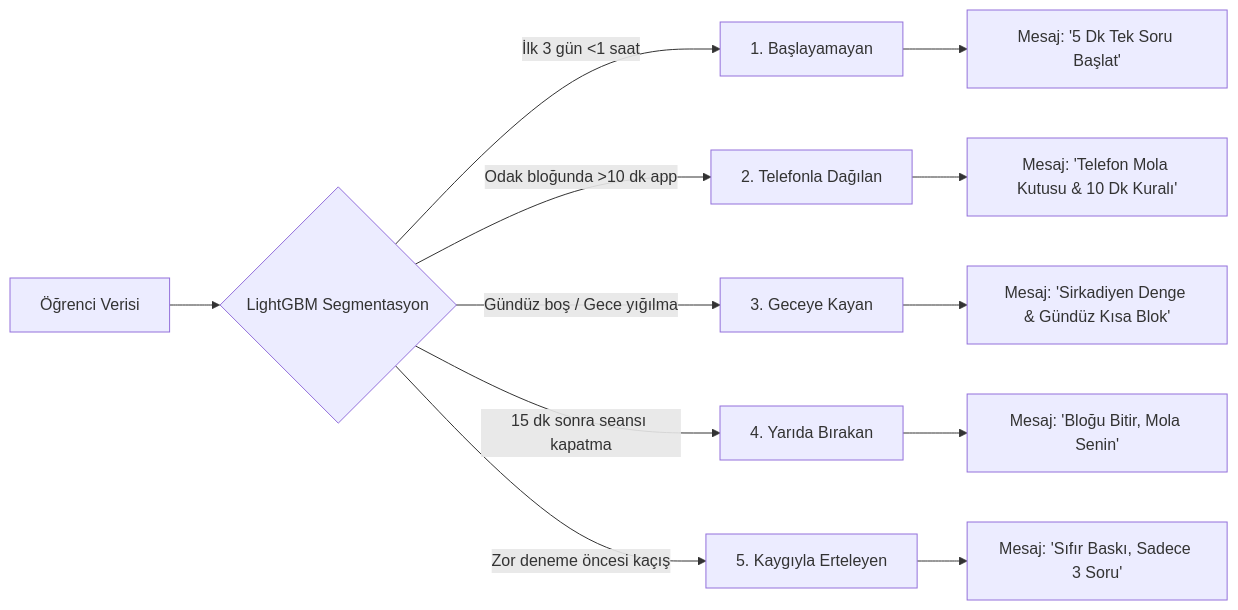
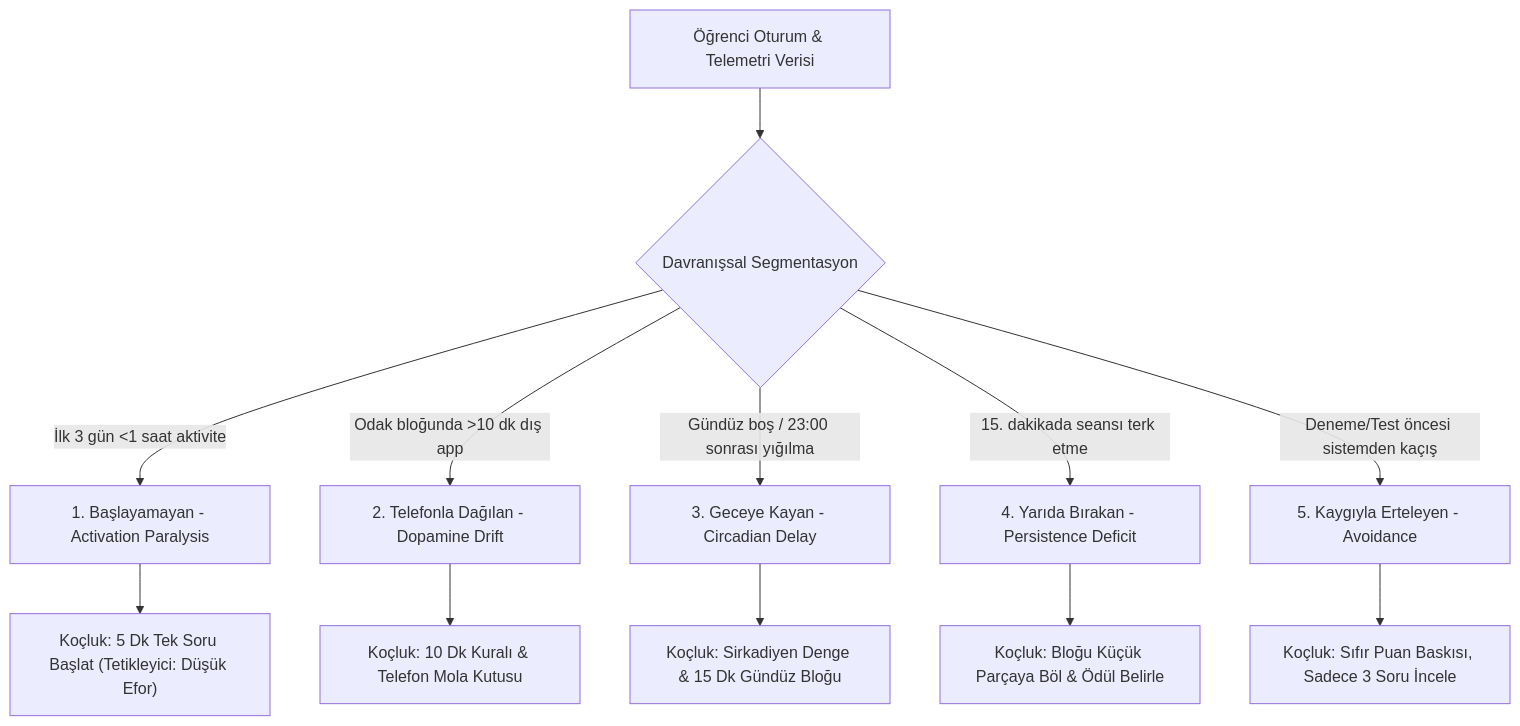
The first of 2 diagrams in README.md (edasaruhan/SIC_AI_-17_Capstone_Group_1), drawn with Mermaid before and after one commit. The commit also changed other lines of this file, not shown here.

Commit message:
docs: elevate README to world-class standard with marketing KPIs, architecture diagrams, and submission links

````diff
--- a/README.md
+++ b/README.md
@@ -91,15 +116,15 @@
 ```mermaid
-graph LR
-    A[Öğrenci Verisi] --> B{LightGBM Segmentasyon}
-    B -->|İlk 3 gün <1 saat| C[1. Başlayamayan]
-    B -->|Odak bloğunda >10 dk app| D[2. Telefonla Dağılan]
-    B -->|Gündüz boş / Gece yığılma| E[3. Geceye Kayan]
-    B -->|15 dk sonra seansı kapatma| F[4. Yarıda Bırakan]
-    B -->|Zor deneme öncesi kaçış| G[5. Kaygıyla Erteleyen]
+graph TD
+    Data[Öğrenci Oturum & Telemetri Verisi] --> Seg{Davranışsal Segmentasyon}
+    Seg -->|İlk 3 gün <1 saat aktivite| S1[1. Başlayamayan - Activation Paralysis]
+    Seg -->|Odak bloğunda >10 dk dış app| S2[2. Telefonla Dağılan - Dopamine Drift]
+    Seg -->|Gündüz boş / 23:00 sonrası yığılma| S3[3. Geceye Kayan - Circadian Delay]
+    Seg -->|15. dakikada seansı terk etme| S4[4. Yarıda Bırakan - Persistence Deficit]
+    Seg -->|Deneme/Test öncesi sistemden kaçış| S5[5. Kaygıyla Erteleyen - Avoidance]
 
-    C --> H["Mesaj: '5 Dk Tek Soru Başlat'"]
-    D --> I["Mesaj: 'Telefon Mola Kutusu & 10 Dk Kuralı'"]
-    E --> J["Mesaj: 'Sirkadiyen Denge & Gündüz Kısa Blok'"]
-    F --> K["Mesaj: 'Bloğu Bitir, Mola Senin'"]
-    G --> L["Mesaj: 'Sıfır Baskı, Sadece 3 Soru'"]
+    S1 --> A1["Koçluk: 5 Dk Tek Soru Başlat (Tetikleyici: Düşük Efor)"]
+    S2 --> A2["Koçluk: 10 Dk Kuralı & Telefon Mola Kutusu"]
+    S3 --> A3["Koçluk: Sirkadiyen Denge & 15 Dk Gündüz Bloğu"]
+    S4 --> A4["Koçluk: Bloğu Küçük Parçaya Böl & Ödül Belirle"]
+    S5 --> A5["Koçluk: Sıfır Puan Baskısı, Sadece 3 Soru İncele"]
 ```
````
